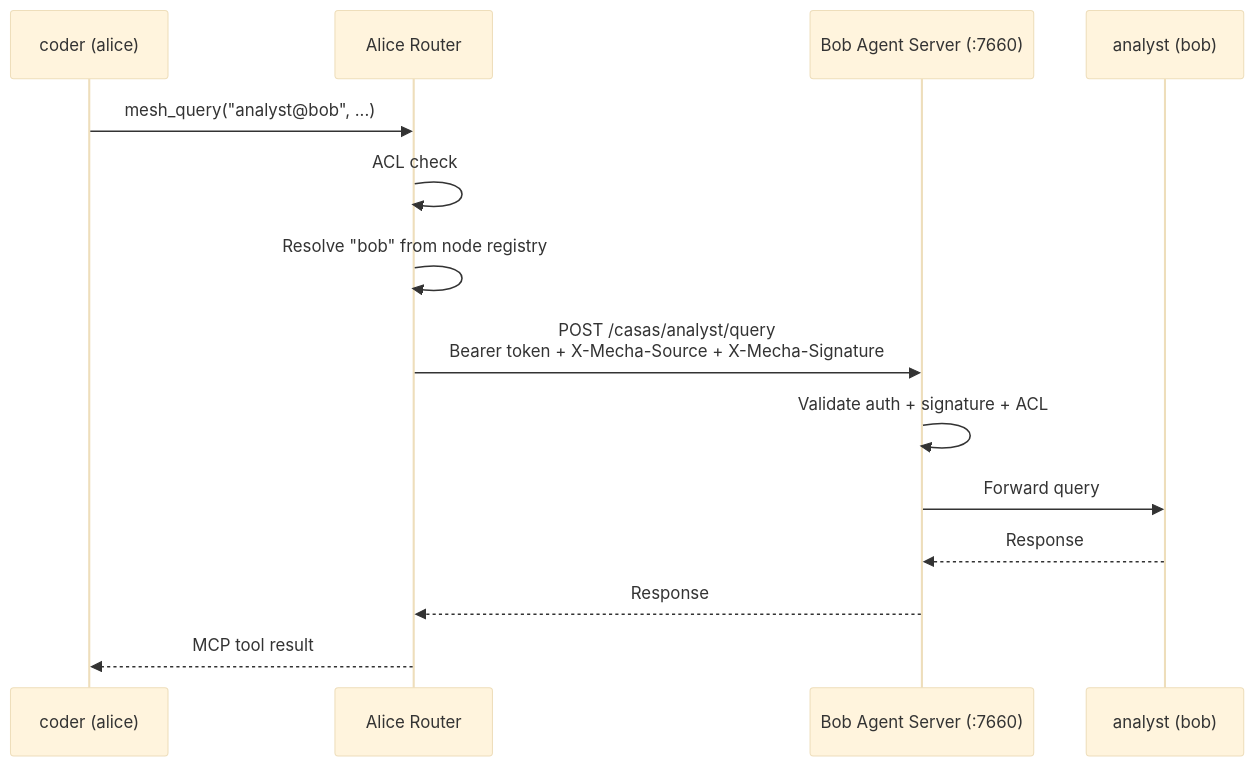
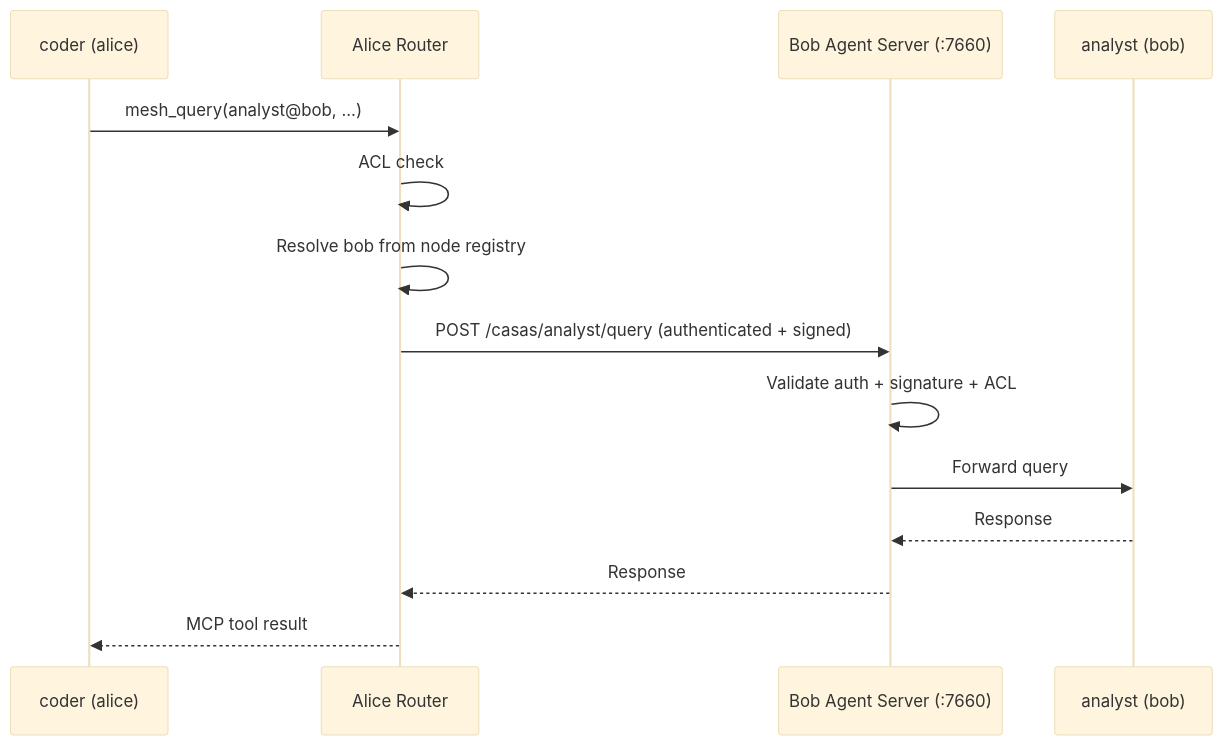
One commit to johnloveworld2022-ops/mecha.im changed the fifth of 5 diagrams in website/docs/reference/architecture.md. Above: the diagram before and after it, drawn with Mermaid (base theme). The commit also changed other lines of this file and 16 other files, not shown here.

First line of the commit message:
docs: fix accuracy issues, mermaid v11 syntax, and casa command prefixes

````diff
--- a/website/docs/reference/architecture.md
+++ b/website/docs/reference/architecture.md
@@ -119,17 +119,17 @@
 ```mermaid
 sequenceDiagram
   participant coder as coder (alice)
   participant router as Alice Router
   participant agent as Bob Agent Server (:7660)
   participant analyst as analyst (bob)
 
-  coder->>router: mesh_query("analyst@bob", ...)
+  coder->>router: mesh_query(analyst@bob, ...)
   router->>router: ACL check
-  router->>router: Resolve "bob" from node registry
-  router->>agent: POST /casas/analyst/query<br/>Bearer token + X-Mecha-Source + X-Mecha-Signature
+  router->>router: Resolve bob from node registry
+  router->>agent: POST /casas/analyst/query (authenticated + signed)
   agent->>agent: Validate auth + signature + ACL
   agent->>analyst: Forward query
   analyst-->>agent: Response
   agent-->>router: Response
   router-->>coder: MCP tool result
 ```
````
